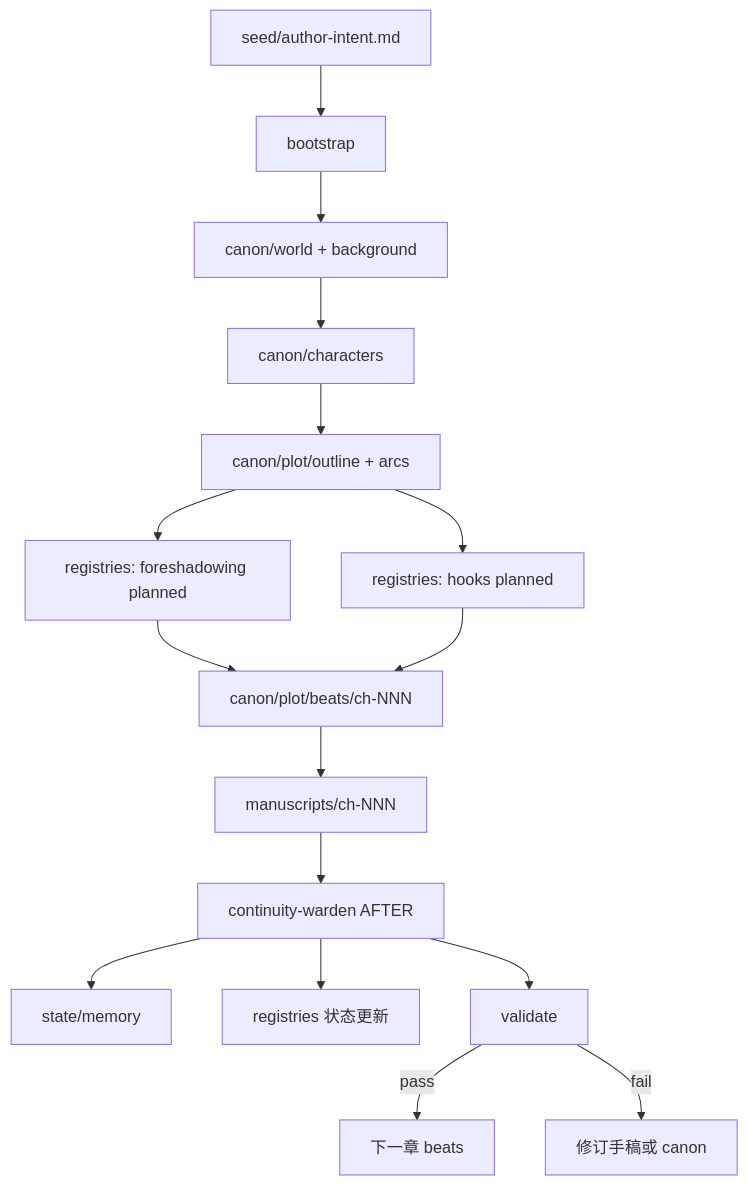
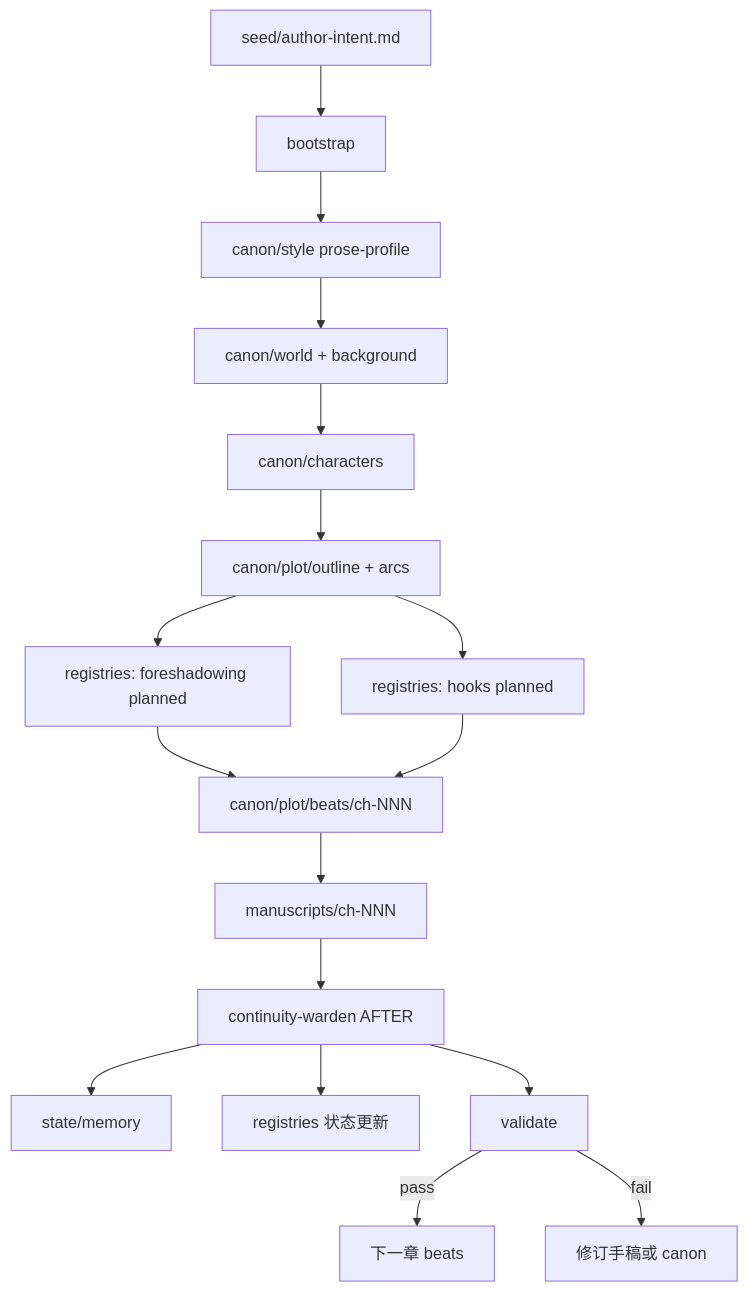
Before and after one commit to cylqaq/xs: the diagram in docs/architecture/production-pipeline.md, drawn with Mermaid. The commit also changed other lines of this file and 93 other files, not shown here.

````diff
--- a/docs/architecture/production-pipeline.md
+++ b/docs/architecture/production-pipeline.md
@@ -19,18 +19,19 @@
 ```mermaid
 flowchart TD
   S[seed/author-intent.md] --> B[bootstrap]
-  B --> W[canon/world + background]
+  B --> ST[canon/style prose-profile]
+  ST --> W[canon/world + background]
   W --> C[canon/characters]
   C --> P[canon/plot/outline + arcs]
   P --> F[registries: foreshadowing planned]
   P --> H[registries: hooks planned]
   F --> BE[canon/plot/beats/ch-NNN]
   H --> BE
   BE --> D[manuscripts/ch-NNN]
   D --> CW[continuity-warden AFTER]
   CW --> M[state/memory]
   CW --> R[registries 状态更新]
   CW --> V[validate]
   V -->|pass| NEXT[下一章 beats]
   V -->|fail| FIX[修订手稿或 canon]
 ```
````
